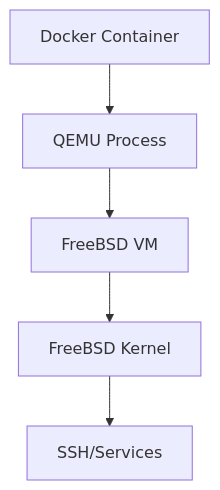
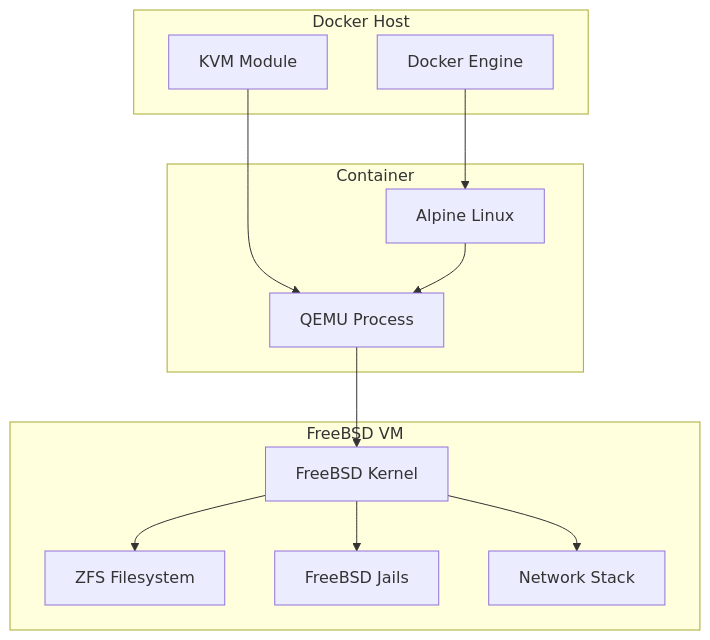
One commit to aygp-dr/freebsd-docker changed the diagram in README.md. Above: the diagram before and after it, drawn with Mermaid. The commit also changed other lines of this file and 6 other files, not shown here.

First line of the commit message:
feat: add advanced FreeBSD features (jails, ZFS, networking)

````diff
--- a/README.md
+++ b/README.md
@@ -25,7 +106,27 @@
 ```mermaid
 graph TD
-    Docker[Docker Container] --> QEMU[QEMU Process]
-    QEMU --> BSD[FreeBSD VM]
-    BSD --> Kernel[FreeBSD Kernel]
-    Kernel --> Services[SSH/Services]
+    subgraph Docker Host
+        Docker[Docker Engine]
+        KVM[KVM Module]
+    end
+    
+    subgraph Container
+        Alpine[Alpine Linux]
+        QEMU[QEMU Process]
+    end
+    
+    subgraph FreeBSD VM
+        Kernel[FreeBSD Kernel]
+        ZFS[ZFS Filesystem]
+        Jails[FreeBSD Jails]
+        Network[Network Stack]
+    end
+    
+    Docker --> Alpine
+    KVM --> QEMU
+    Alpine --> QEMU
+    QEMU --> Kernel
+    Kernel --> ZFS
+    Kernel --> Jails
+    Kernel --> Network
 ```
````
